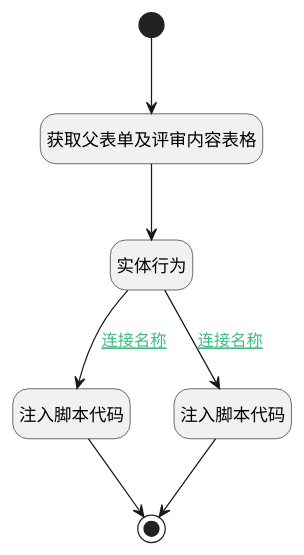
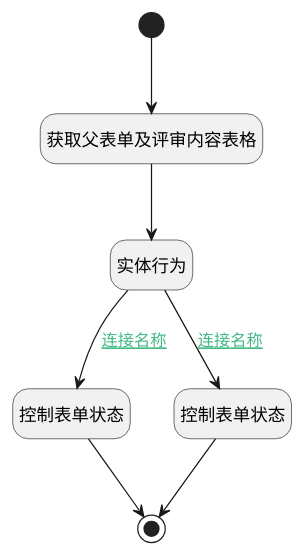
The diagram in doc/docsify/module/TestMgmt/review_result/uilogic/refuse.md (iBizLab/plm), drawn with PlantUML before and after one commit. The commit also changed other lines of this file and 1778 other files, not shown here.

````diff
--- a/doc/docsify/module/TestMgmt/review_result/uilogic/refuse.md
+++ b/doc/docsify/module/TestMgmt/review_result/uilogic/refuse.md
@@ -7,28 +7,28 @@
 ```plantuml
 @startuml
 hide footbox
 <style>
 root {
   HyperlinkColor #42b983
 }
 </style>
 
 hide empty description
 state "开始" as Begin <<start>> [[$./refuse#begin {开始}]]
+state "控制表单状态" as RAWJSCODE2  [[$./refuse#rawjscode2 {控制表单状态}]]
+state "实体行为" as DEACTION1  [[$./refuse#deaction1 {实体行为}]]
+state "获取父表单及评审内容表格" as PREPAREJSPARAM1  [[$./refuse#preparejsparam1 {获取父表单及评审内容表格}]]
+state "控制表单状态" as RAWJSCODE3  [[$./refuse#rawjscode3 {控制表单状态}]]
 state "结束" as END1 <<end>> [[$./refuse#end1 {结束}]]
-state "获取父表单及评审内容表格" as PREPAREJSPARAM1  [[$./refuse#preparejsparam1 {获取父表单及评审内容表格}]]
-state "实体行为" as DEACTION1  [[$./refuse#deaction1 {实体行为}]]
-state "注入脚本代码" as RAWJSCODE2  [[$./refuse#rawjscode2 {注入脚本代码}]]
-state "注入脚本代码" as RAWJSCODE3  [[$./refuse#rawjscode3 {注入脚本代码}]]
 
 
 Begin --> PREPAREJSPARAM1
 PREPAREJSPARAM1 --> DEACTION1
 DEACTION1 --> RAWJSCODE2 : [[$./refuse#deaction1-rawjscode2{连接名称} 连接名称]]
 RAWJSCODE2 --> END1
 DEACTION1 --> RAWJSCODE3 : [[$./refuse#deaction1-rawjscode3{连接名称} 连接名称]]
 RAWJSCODE3 --> END1
 
 
 @enduml
 ```
````
